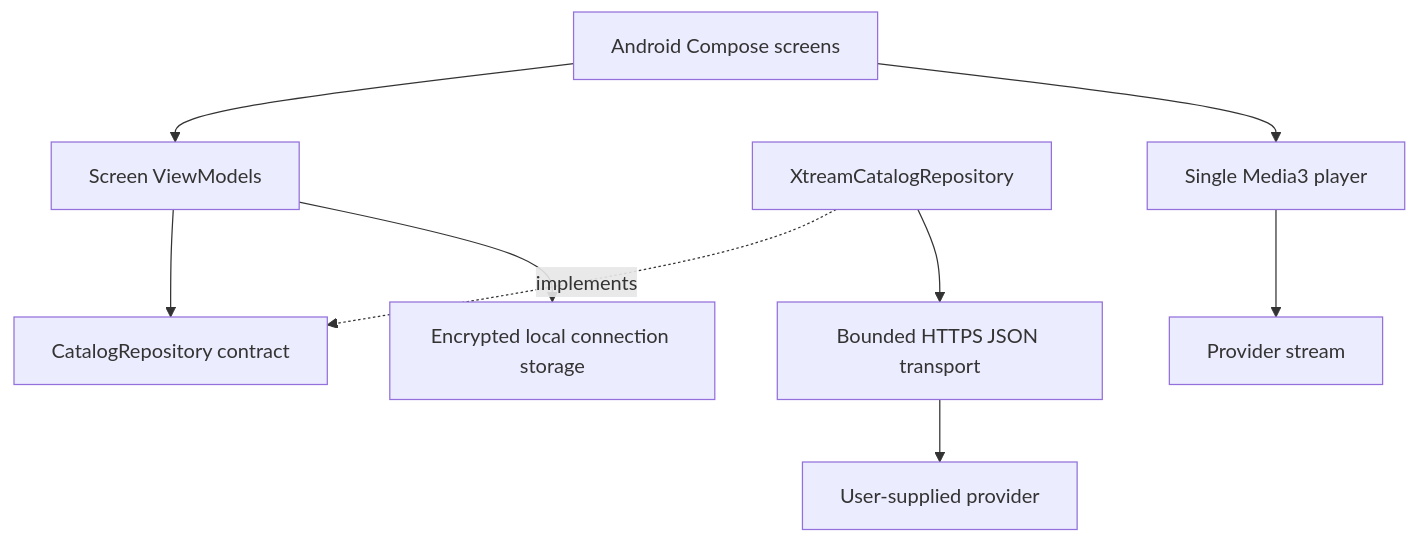
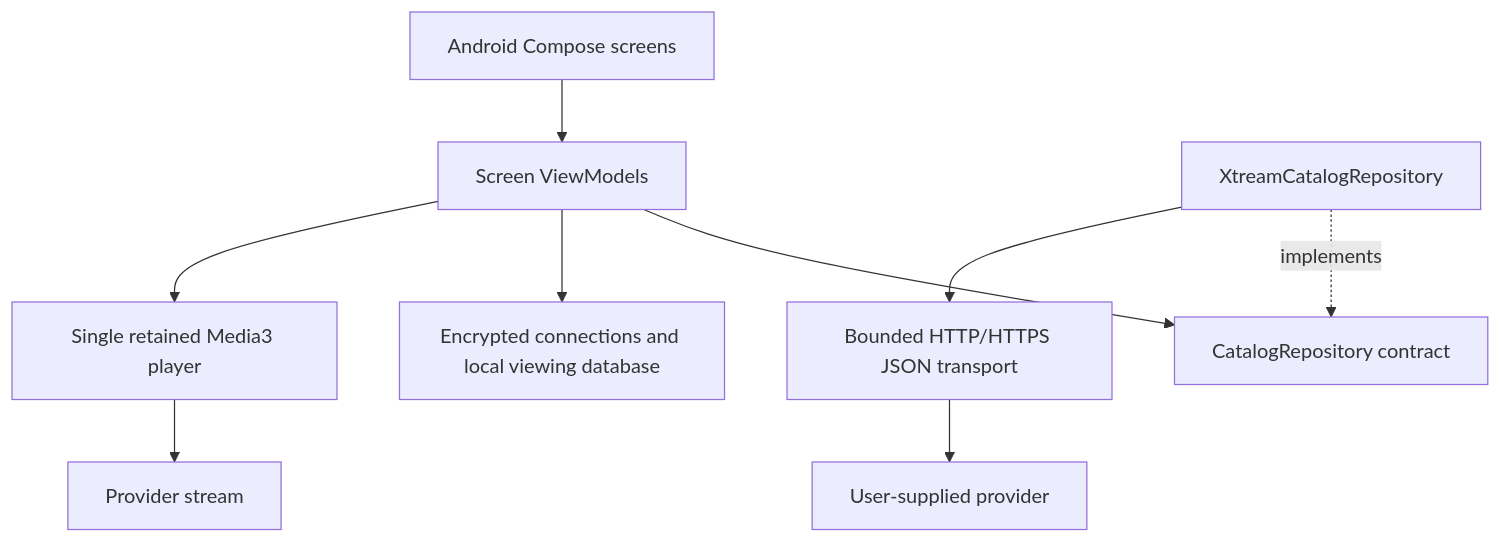
One commit to AntoCanza/iptv-receiver changed the first of 2 diagrams in docs/ARCHITECTURE.md. Above: the diagram before and after it, drawn with Mermaid. The commit also changed other lines of this file and 21 other files, not shown here.

````diff
--- a/docs/ARCHITECTURE.md
+++ b/docs/ARCHITECTURE.md
@@ -116,11 +116,11 @@
 ```mermaid
 flowchart TD
     UI[Android Compose screens] --> VM[Screen ViewModels]
     VM --> Contract[CatalogRepository contract]
     Provider[XtreamCatalogRepository] -. implements .-> Contract
-    Provider --> HTTP[Bounded HTTPS JSON transport]
+    Provider --> HTTP[Bounded HTTP/HTTPS JSON transport]
     HTTP --> Service[User-supplied provider]
-    VM --> Storage[Encrypted local connection storage]
-    UI --> Player[Single Media3 player]
+    VM --> Storage[Encrypted connections and local viewing database]
+    VM --> Player[Single retained Media3 player]
     Player --> Stream[Provider stream]
 ```
````
